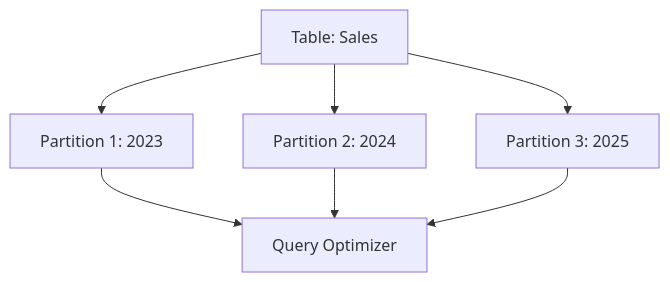
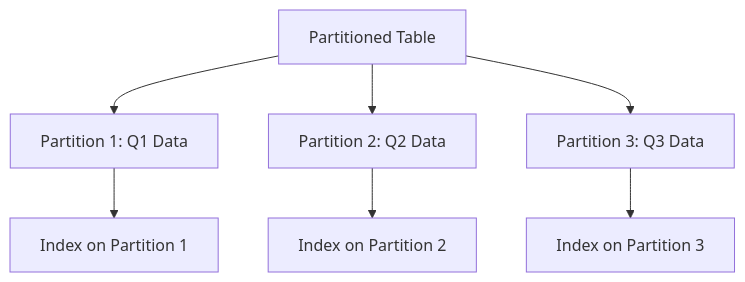
The third of 3 diagrams in replication-vs-sharding-vs-partitioning/README.md (VrushankPatel/interview-matters), drawn with Mermaid before and after one commit. The commit also changed other lines of this file and 8 other files, not shown here.

````diff
--- a/replication-vs-sharding-vs-partitioning/README.md
+++ b/replication-vs-sharding-vs-partitioning/README.md
@@ -72,9 +94,9 @@
 ```mermaid
 graph TD
-    A[Table: Sales] --> B[Partition 1: 2023]
-    A --> C[Partition 2: 2024]
-    A --> D[Partition 3: 2025]
-    B --> E[Query Optimizer]
-    C --> E
-    D --> E
+    A[Partitioned Table] --> B[Partition 1: Q1 Data]
+    A --> C[Partition 2: Q2 Data]
+    A --> D[Partition 3: Q3 Data]
+    B --> E[Index on Partition 1]
+    C --> F[Index on Partition 2]
+    D --> G[Index on Partition 3]
 ```
````
